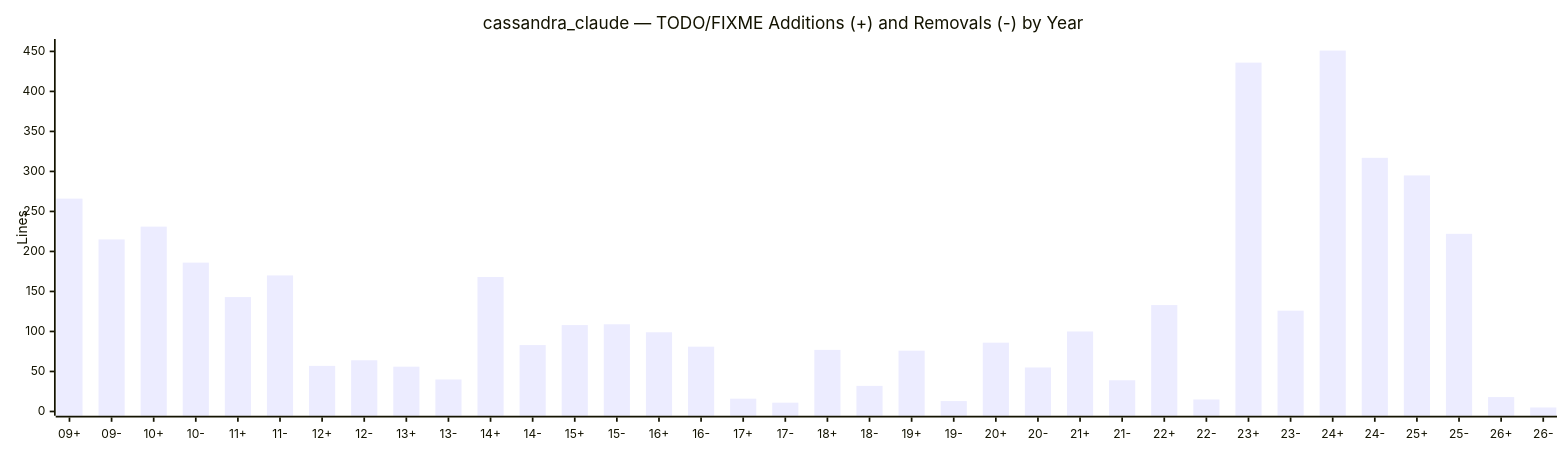
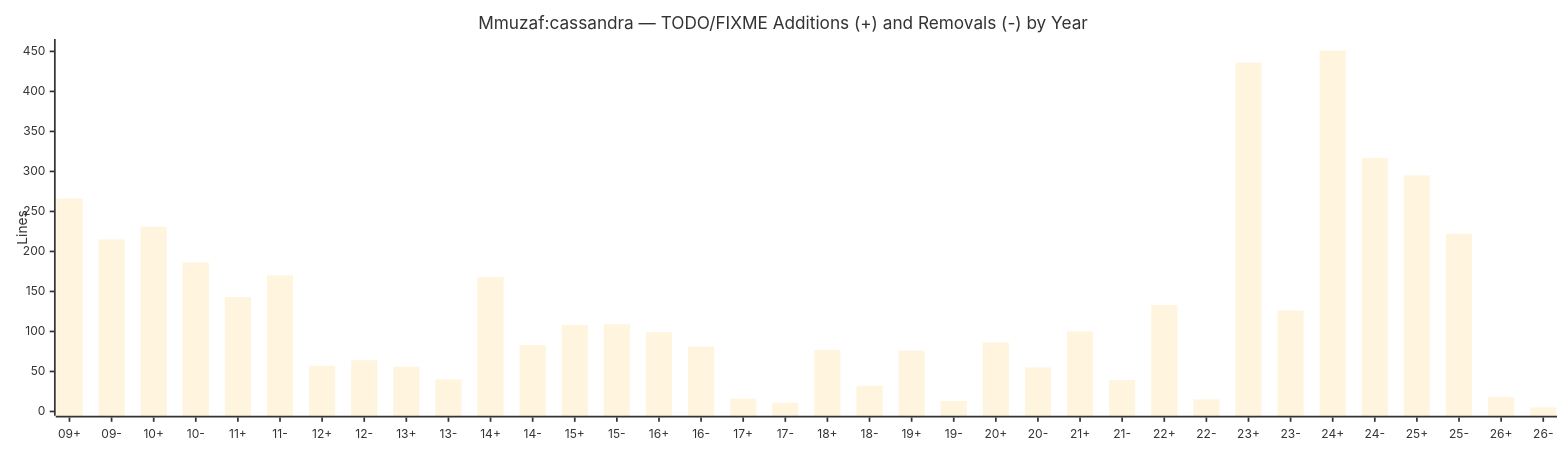
The first of 7 diagrams in todo_analysis.md (Mmuzaf/cassandra), drawn with Mermaid before and after one commit. The commit also changed other lines of this file, not shown here.

Commit message:
fix background

````diff
--- a/todo_analysis.md
+++ b/todo_analysis.md
@@ -8,8 +8,8 @@
 ```mermaid
-%%{init: {'xyChart': {'width': 1800, 'height': 500}}}%%
+%%{init: {'theme': 'base', 'themeVariables': {'background': '#ffffff'}, 'xyChart': {'width': 1800, 'height': 500}}}%%
 xychart-beta
-    title "cassandra_claude — TODO/FIXME Additions (+) and Removals (-) by Year"
+    title "Mmuzaf:cassandra — TODO/FIXME Additions (+) and Removals (-) by Year"
     x-axis ["09+", "09-", "10+", "10-", "11+", "11-", "12+", "12-", "13+", "13-", "14+", "14-", "15+", "15-", "16+", "16-", "17+", "17-", "18+", "18-", "19+", "19-", "20+", "20-", "21+", "21-", "22+", "22-", "23+", "23-", "24+", "24-", "25+", "25-", "26+", "26-"]
     y-axis "Lines" 0 --> 460
     bar [266, 215, 231, 186, 143, 170, 57, 64, 56, 40, 168, 83, 108, 109, 99, 81, 16, 11, 77, 32, 76, 13, 86, 55, 100, 39, 133, 15, 436, 126, 451, 317, 295, 222, 18, 5]
 ```
````
